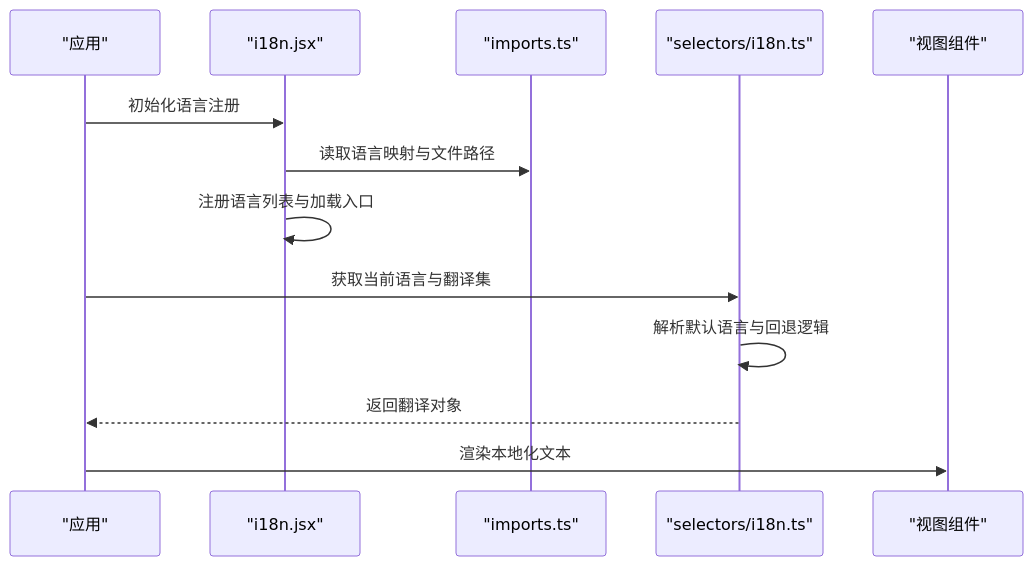
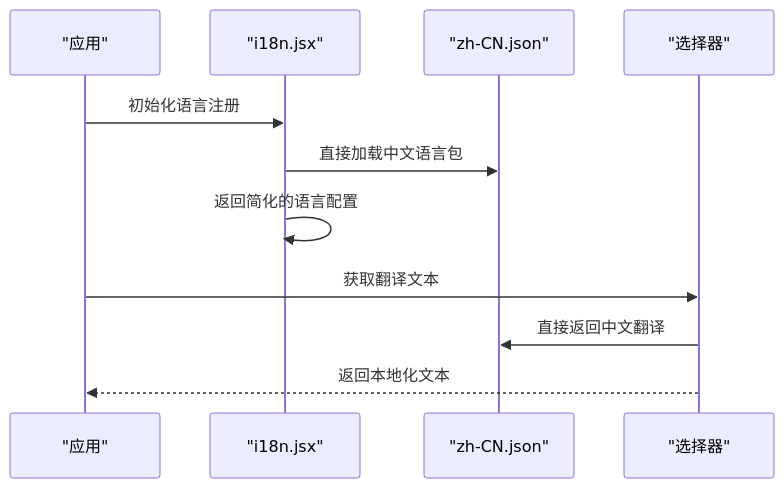
One commit to frankMa-1993/mattermost changed the second of 5 diagrams in .qoder/repowiki/zh/content/前端开发/国际化支持.md. Above: the diagram before and after it, drawn with Mermaid. The commit also changed other lines of this file and 24 other files, not shown here.

````diff
--- a/.qoder/repowiki/zh/content/前端开发/国际化支持.md
+++ b/.qoder/repowiki/zh/content/前端开发/国际化支持.md
@@ -79,15 +78,13 @@
 ```mermaid
 sequenceDiagram
 participant App as "应用"
 participant I18N as "i18n.jsx"
-participant IMP as "imports.ts"
-participant SEL as "selectors/i18n.ts"
-participant View as "视图组件"
+participant ZHJSON as "zh-CN.json"
+participant Selector as "选择器"
 App->>I18N : 初始化语言注册
-I18N->>IMP : 读取语言映射与文件路径
-I18N->>I18N : 注册语言列表与加载入口
-App->>SEL : 获取当前语言与翻译集
-SEL->>SEL : 解析默认语言与回退逻辑
-SEL-->>App : 返回翻译对象
-App->>View : 渲染本地化文本
+I18N->>ZHJSON : 直接加载中文语言包
+I18N->>I18N : 返回简化的语言配置
+App->>Selector : 获取翻译文本
+Selector->>ZHJSON : 直接返回中文翻译
+Selector-->>App : 返回本地化文本
 ```
````
